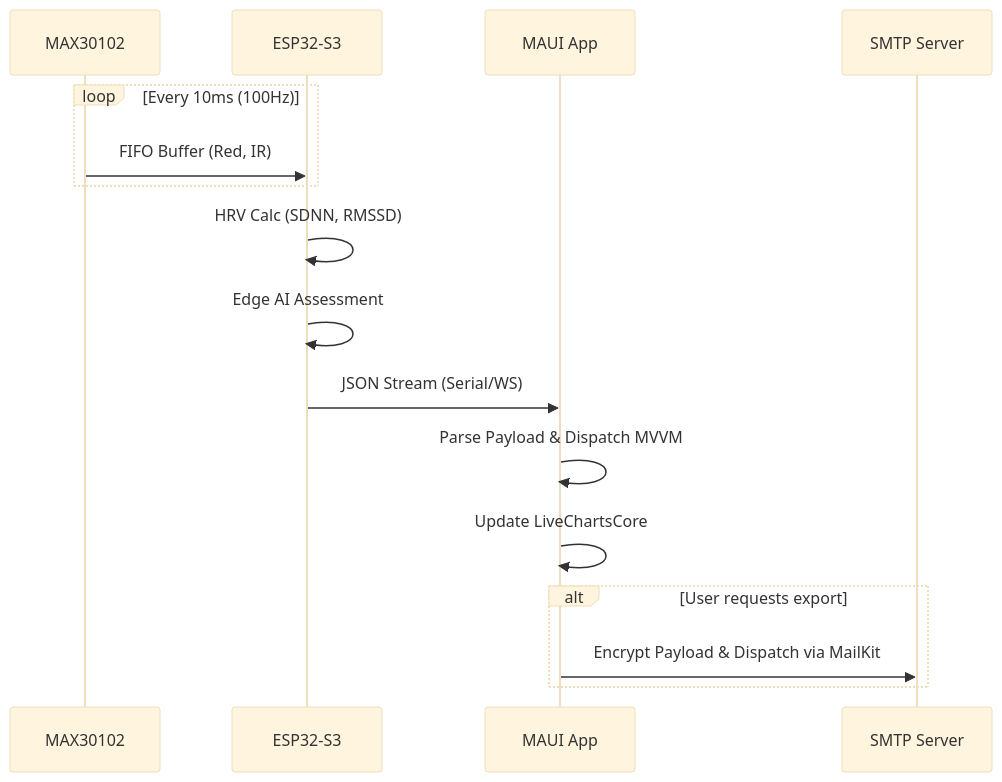
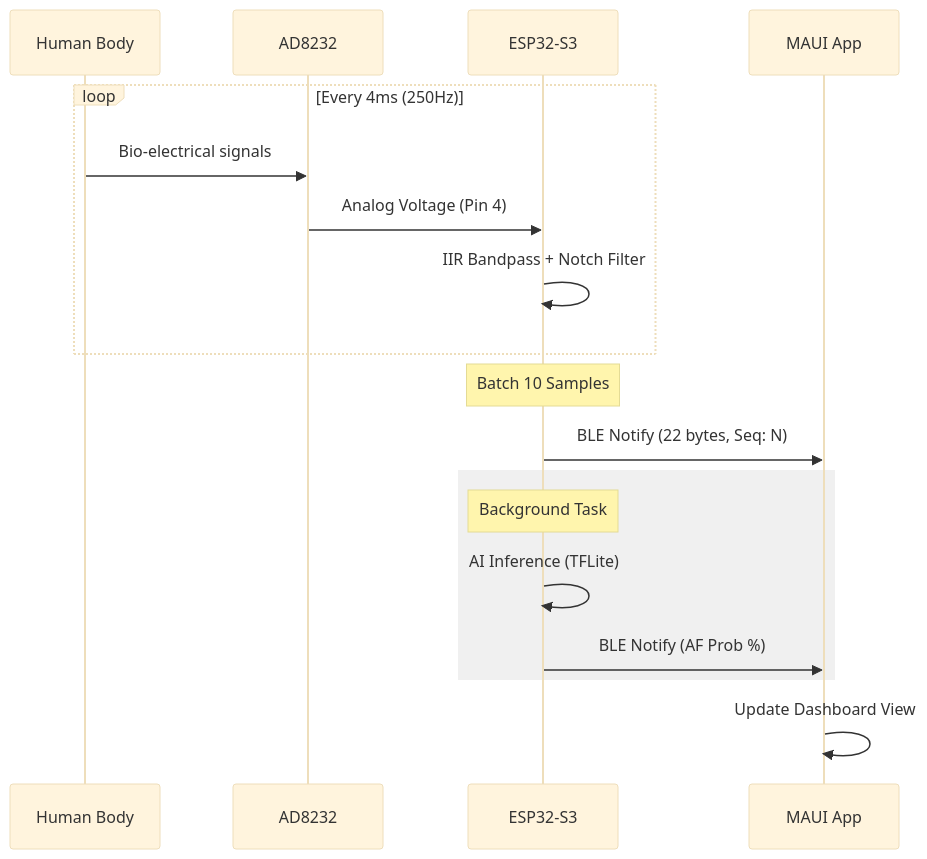
One commit to Thinhqn0905/MedTECH_MedicalHealth changed the second of 2 diagrams in Architecture.md. Above: the diagram before and after it, drawn with Mermaid (base theme). The commit also changed other lines of this file and 12 other files, not shown here.

````diff
--- a/Architecture.md
+++ b/Architecture.md
@@ -76,19 +77,24 @@
 ```mermaid
 sequenceDiagram
-    participant Sensor as MAX30102
+    participant Body as Human Body
+    participant Sensor as AD8232
     participant ESP as ESP32-S3
     participant MAUI as MAUI App
-    participant SMTP as SMTP Server
     
-    loop Every 10ms (100Hz)
-        Sensor->>ESP: FIFO Buffer (Red, IR)
+    loop Every 4ms (250Hz)
+        Body->>Sensor: Bio-electrical signals
+        Sensor->>ESP: Analog Voltage (Pin 4)
+        ESP->>ESP: IIR Bandpass + Notch Filter
     end
-    ESP->>ESP: HRV Calc (SDNN, RMSSD)
-    ESP->>ESP: Edge AI Assessment 
-    ESP->>MAUI: JSON Stream (Serial/WS)
-    MAUI->>MAUI: Parse Payload & Dispatch MVVM
-    MAUI->>MAUI: Update LiveChartsCore
-    alt User requests export 
-        MAUI->>SMTP: Encrypt Payload & Dispatch via MailKit
+    
+    Note over ESP: Batch 10 Samples
+    ESP->>MAUI: BLE Notify (22 bytes, Seq: N)
+    
+    rect rgb(240, 240, 240)
+        Note over ESP: Background Task
+        ESP->>ESP: AI Inference (TFLite)
+        ESP->>MAUI: BLE Notify (AF Prob %)
     end
+    
+    MAUI->>MAUI: Update Dashboard View
 ```
````
